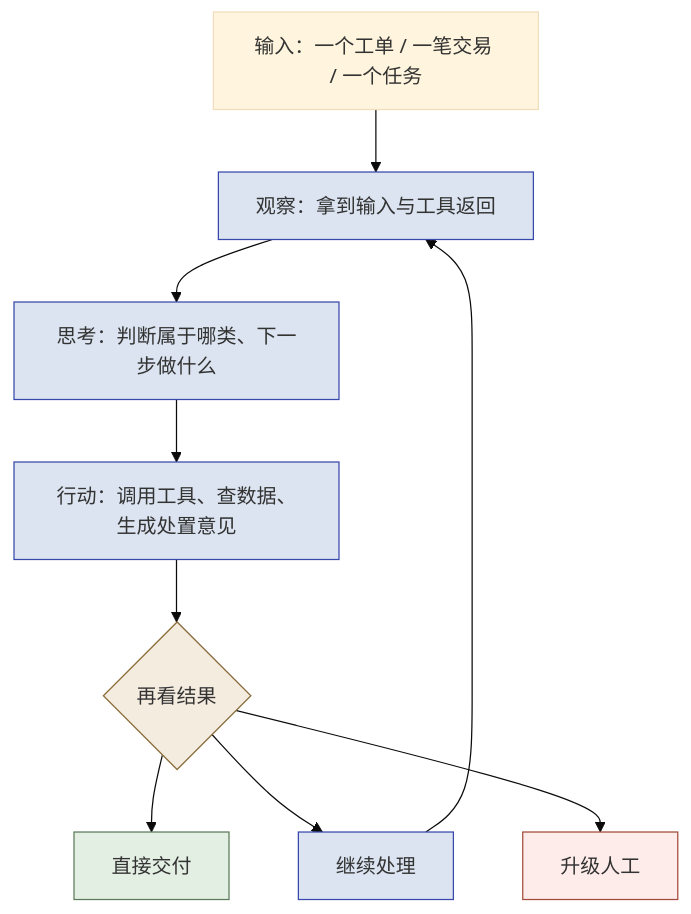
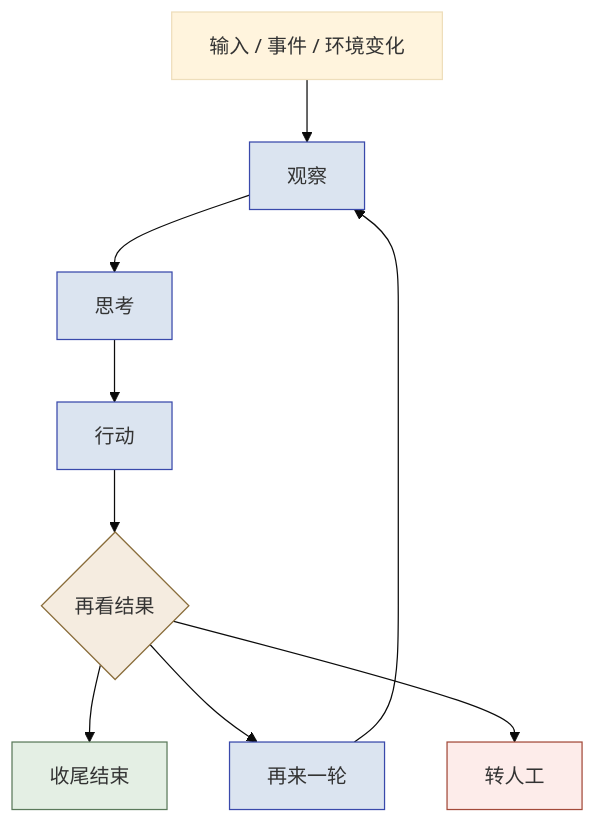
Before and after one commit to cloudzun/fde-102: the first of 5 diagrams in textbook/第11章_Agent方法_自动化边界.md, drawn with Mermaid (base theme). The commit also changed other lines of this file and 2 other files, not shown here.

Commit message:
docs: 语体纠正 —— 11.1.3 通用化 + 新增 AGENTS.md 5.5「不写成实验手册的说明书」
作者指出上一轮把 11.1.3「决策循环」写成了带具体场景的操作步骤，犯了本书的忌讳：
不要把教科书写成实验手册的说明书；这四个环节要通用化。

- 11.1.3 四个环节通用化：去掉"一个工单、一笔交易、一个任务""查数据、生成处置意见"这类
  只在某个场景成立的对象名，改为结构性描述——观察：接收输入，读取环境状态与上一轮动作的反馈；
  思考：理解局面——这是什么情况、要达成什么、下一步做什么；行动：调用工具或执行动作，
  改变环境、产出结果；再看结果：评估这次动作的效果，决定收尾、再来一轮，还是转人工。
- 图 11-1 改为通用结构图：节点收敛为四个环节名 + 入口（输入 / 事件 / 环境变化）+
  三条出口（收尾结束 / 再来一轮 / 转人工），不再复制正文长句——图只承载拓扑（成环 + 三出口），
  语义由图题与正文承担。
- 出口用词统一为「转人工」（全书主导词 112 处），不用「移交人工」。
- 新增 AGENTS.md 5.5「教科书语体：不写成'实验手册的说明书'」：总原则「正文写'类'，手册写'例'」，
  落成 5 条（概念段不写操作动作 / 抽象描述换任何场景都要成立 / 例子要标明是例子且定义在前 /
  序列语言分级 / 改概念段先自问"删掉场景名词后还成立吗"），并同步进 §11 红线与 §9.2 核验清单。
- 该条**不设机检**：试点审计（8 类操作动词关键词扫全书）命中 25 处，逐条核对全部合法——
  实操章的执行语言（第 6/8/10/12 章"打开《解决方案框架》"）、比喻用法（第 2 章"回到第 1 步"
  描述死亡螺旋、第 11 章"只是第一步"）、清单勾选（第 2/13/14 章）、修订记录（00 导读）；
  关键词检查只会误报，故按人判断项写入 §9.2。

核验：scripts/style-lint.py 0 ERROR / 0 WARN；mkdocs build --strict 通过；
图 11-1 jsdom 单独渲染验证（8 节点 / 8 连线，标签全部完整）；
scripts/mermaid-dark-node-check.js 通过（56 图块 / 30 深色填充节点 / 文字非白色 0）。

````diff
--- a/textbook/第11章_Agent方法_自动化边界.md
+++ b/textbook/第11章_Agent方法_自动化边界.md
@@ -56,26 +56,26 @@
 ```mermaid
 flowchart TB
-    input["输入：一个工单 / 一笔交易 / 一个任务"]
-    obs["观察：拿到输入与工具返回"]
-    think["思考：判断属于哪类、下一步做什么"]
-    act["行动：调用工具、查数据、生成处置意见"]
+    in["输入 / 事件 / 环境变化"]
+    obs["观察"]
+    think["思考"]
+    act["行动"]
     judge{"再看结果"}
-    done["直接交付"]
-    again["继续处理"]
-    esc["升级人工"]
-    input --> obs
+    done["收尾结束"]
+    again["再来一轮"]
+    esc["转人工"]
+    in --> obs
     obs --> think
     think --> act
     act --> judge
     judge --> done
     judge --> again
     judge --> esc
     again --> obs
     style obs fill:#dbe4f0,stroke:#3949ab
     style think fill:#dbe4f0,stroke:#3949ab
     style act fill:#dbe4f0,stroke:#3949ab
     style judge fill:#f5ece0,stroke:#8a6d3b
     style done fill:#e4efe4,stroke:#5b7a5b
     style again fill:#dbe4f0,stroke:#3949ab
     style esc fill:#fdecea,stroke:#a34a3a
 ```
````
